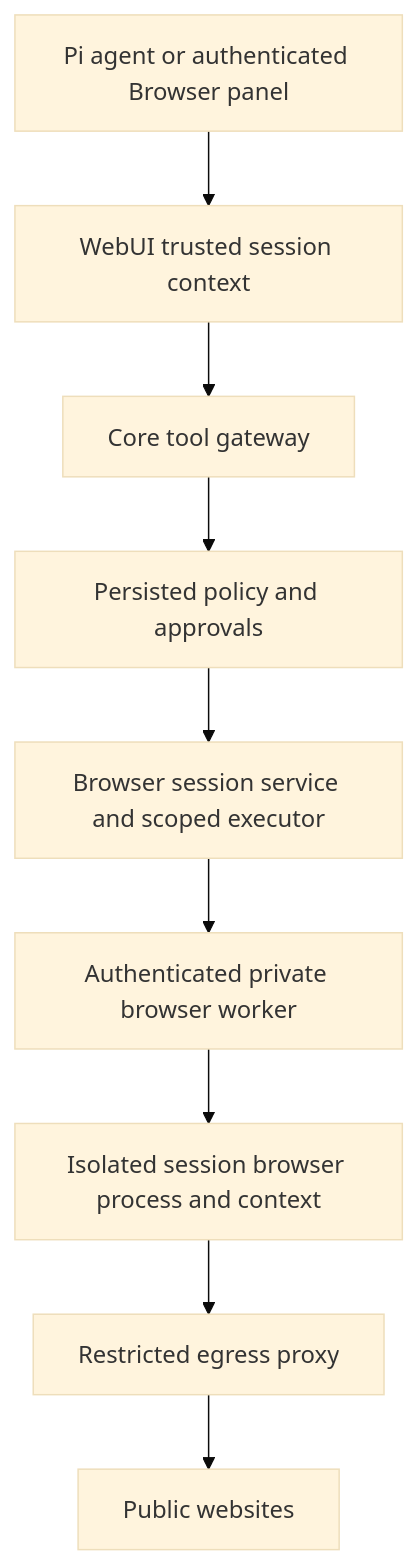
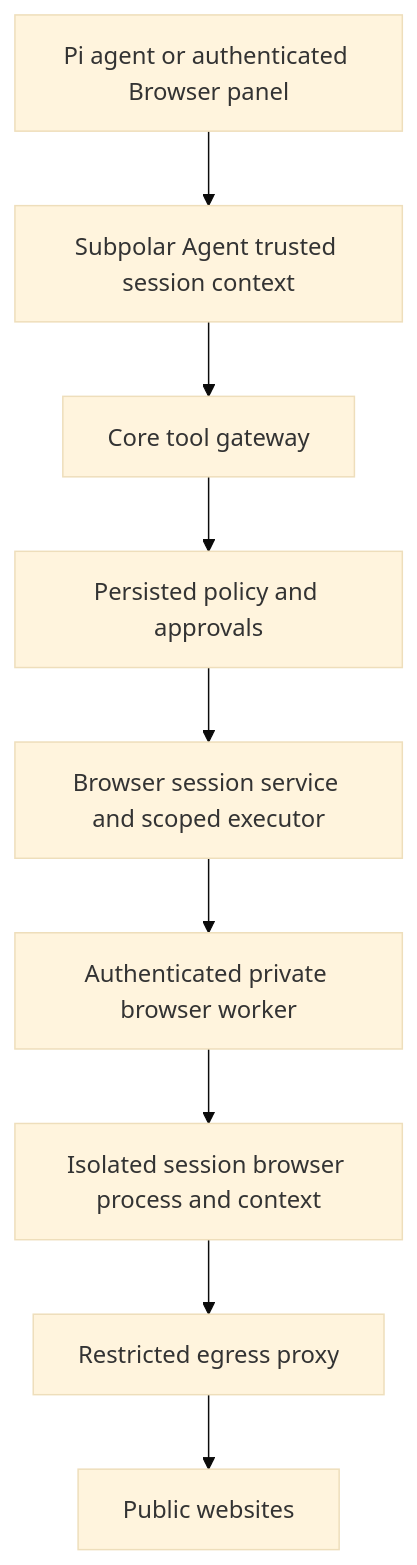
The diagram in docs/agent-browser-integration.md (andreasmolnardev/pi-subpolar), drawn with Mermaid (base theme) before and after one commit. The commit also changed other lines of this file and 707 other files, not shown here.

Commit message:
Rename WebUI to Subpolar Agent

````diff
--- a/docs/agent-browser-integration.md
+++ b/docs/agent-browser-integration.md
@@ -65,11 +65,11 @@
 ```mermaid
 flowchart TD
-    A[Pi agent or authenticated Browser panel] --> B[WebUI trusted session context]
+    A[Pi agent or authenticated Browser panel] --> B[Subpolar Agent trusted session context]
     B --> C[Core tool gateway]
     C --> D[Persisted policy and approvals]
     D --> E[Browser session service and scoped executor]
     E --> F[Authenticated private browser worker]
     F --> G[Isolated session browser process and context]
     G --> H[Restricted egress proxy]
     H --> I[Public websites]
 ```
````
